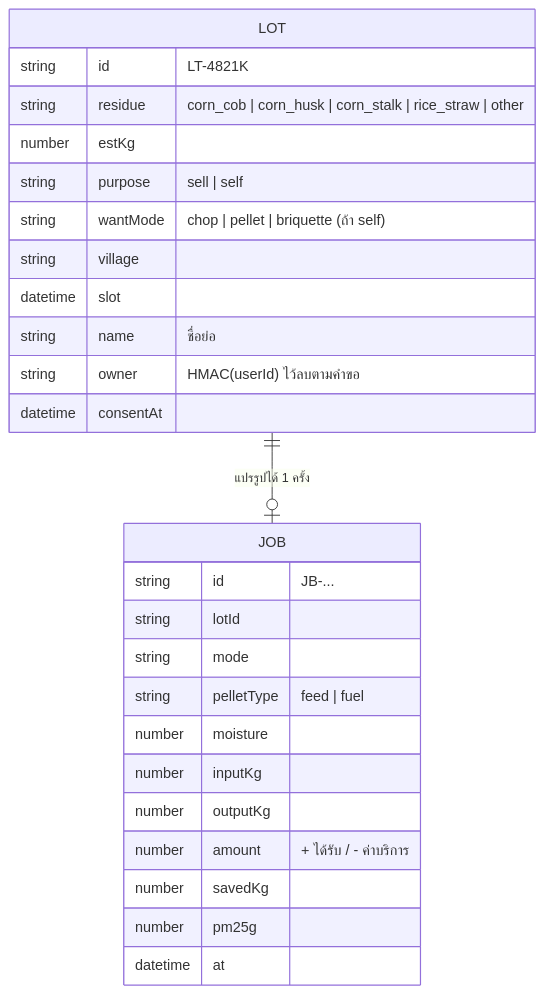
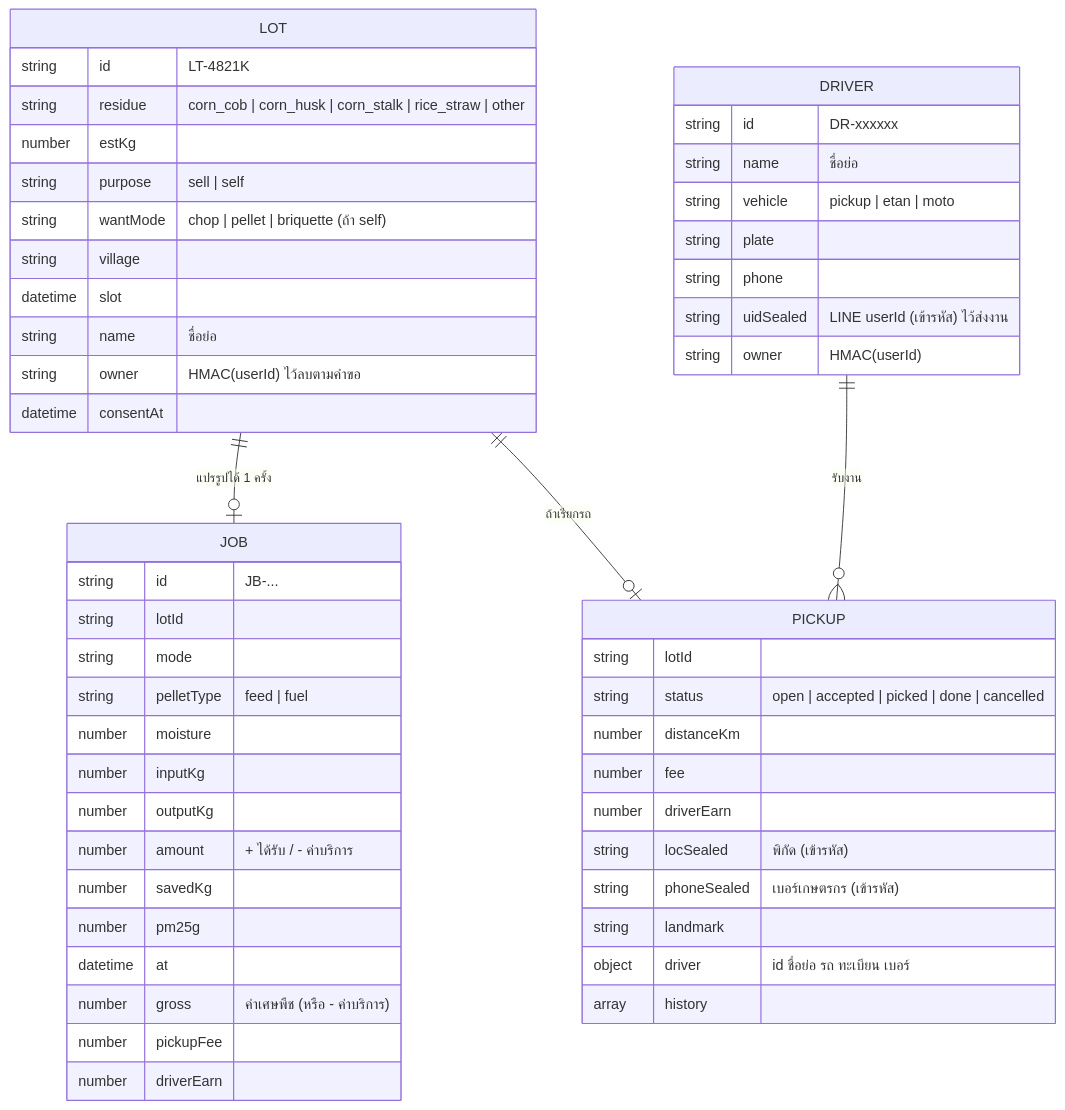
Before and after one commit to 6931503045-design/Sustainable_Final: the second of 2 diagrams in docs/SRS.md, drawn with Mermaid. The commit also changed other lines of this file and 41 other files, not shown here.

````diff
--- a/docs/SRS.md
+++ b/docs/SRS.md
@@ -147,29 +173,55 @@
 ```mermaid
 erDiagram
   LOT ||--o| JOB : "แปรรูปได้ 1 ครั้ง"
   LOT {
     string id "LT-4821K"
     string residue "corn_cob | corn_husk | corn_stalk | rice_straw | other"
     number estKg
     string purpose "sell | self"
     string wantMode "chop | pellet | briquette (ถ้า self)"
     string village
     datetime slot
     string name "ชื่อย่อ"
     string owner "HMAC(userId) ไว้ลบตามคำขอ"
     datetime consentAt
   }
   JOB {
     string id "JB-..."
     string lotId
     string mode
     string pelletType "feed | fuel"
     number moisture
     number inputKg
     number outputKg
     number amount "+ ได้รับ / - ค่าบริการ"
     number savedKg
     number pm25g
     datetime at
+    number gross "ค่าเศษพืช (หรือ - ค่าบริการ)"
+    number pickupFee
+    number driverEarn
+  }
+  LOT ||--o| PICKUP : "ถ้าเรียกรถ"
+  DRIVER ||--o{ PICKUP : "รับงาน"
+  PICKUP {
+    string lotId
+    string status "open | accepted | picked | done | cancelled"
+    number distanceKm
+    number fee
+    number driverEarn
+    string locSealed "พิกัด (เข้ารหัส)"
+    string phoneSealed "เบอร์เกษตรกร (เข้ารหัส)"
+    string landmark
+    object driver "id ชื่อย่อ รถ ทะเบียน เบอร์"
+    array history
+  }
+  DRIVER {
+    string id "DR-xxxxxx"
+    string name "ชื่อย่อ"
+    string vehicle "pickup | etan | moto"
+    string plate
+    string phone
+    string uidSealed "LINE userId (เข้ารหัส) ไว้ส่งงาน"
+    string owner "HMAC(userId)"
   }
 ```
````
